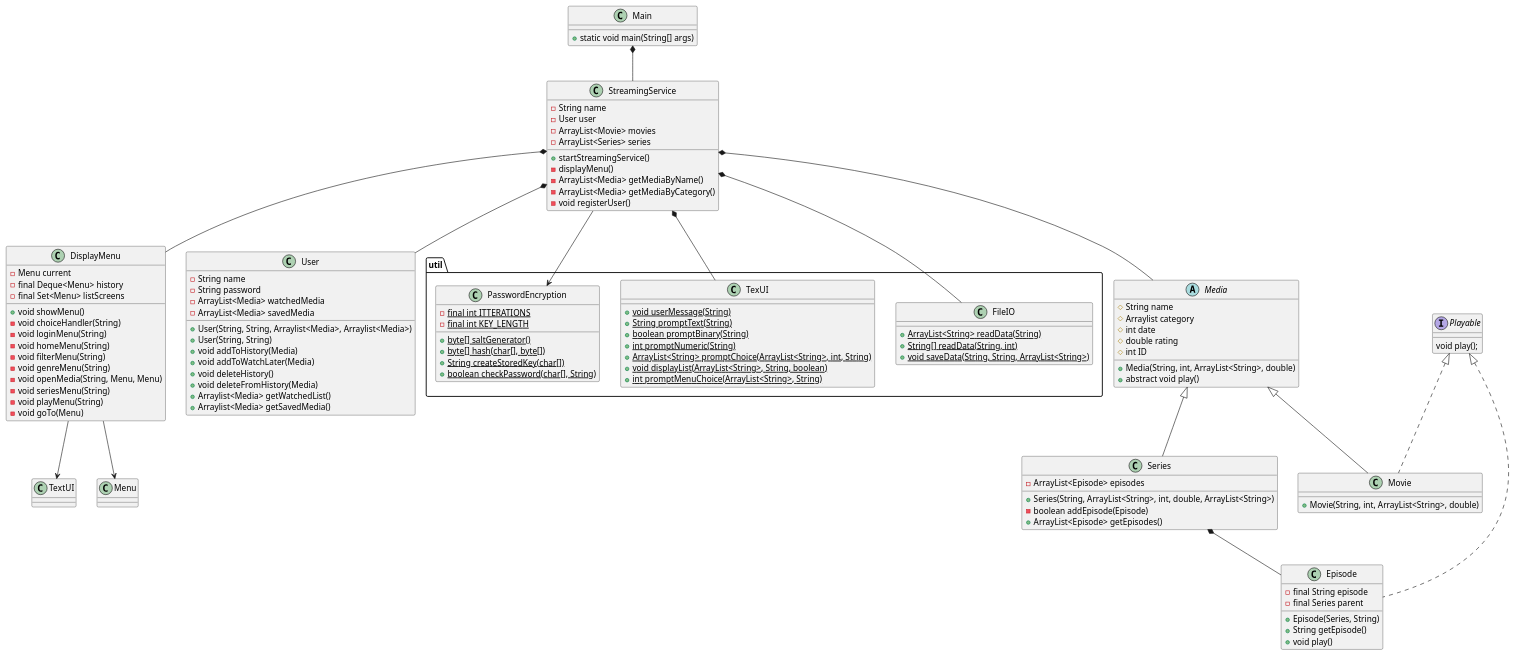
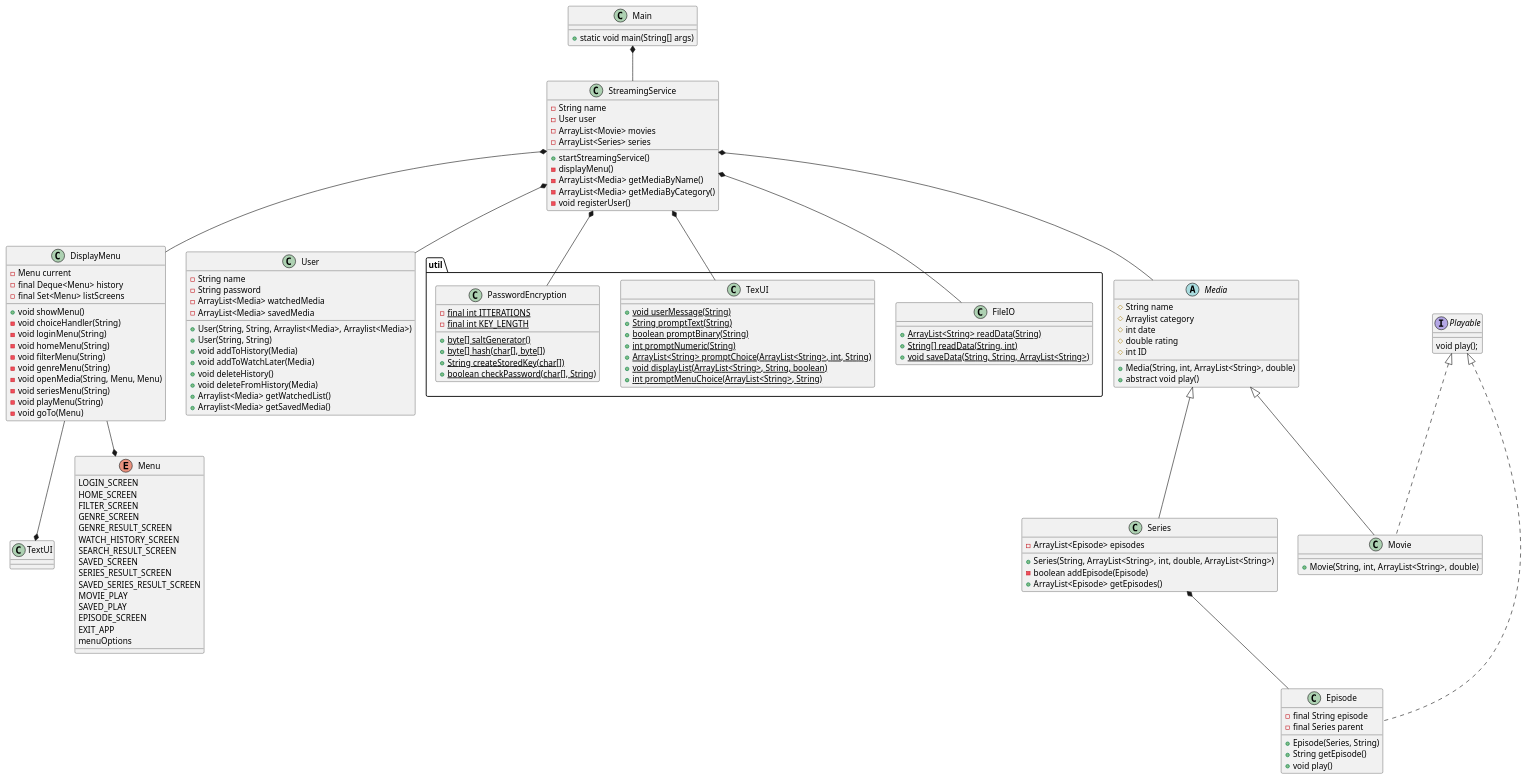
The diagram in doc/static/classDiagram.puml (Studiegruppe-B/SP3-Streamingtjeneste), drawn with PlantUML before and after one commit.

Commit message:
klassediagram fix

```diff
--- a/doc/static/classDiagram.puml
+++ b/doc/static/classDiagram.puml
@@ -1,131 +1,148 @@
 @startuml
 class Main{
 + static void main(String[] args)
 
 }
 
 class StreamingService{
 - String name
 - User user
 - ArrayList<Movie> movies
 - ArrayList<Series> series
 + startStreamingService()
 - displayMenu()
 - ArrayList<Media> getMediaByName()
 - ArrayList<Media> getMediaByCategory()
 - void registerUser()
 }
 
 
 
 
 abstract class Media{
 # String name
 # Arraylist category
 # int date
 # double rating
 # int ID
 + Media(String, int, ArrayList<String>, double)
 + abstract void play()
 
 }
 interface Playable {
 void play();
+}
+enum Menu{
+LOGIN_SCREEN
+HOME_SCREEN
+FILTER_SCREEN
+GENRE_SCREEN
+GENRE_RESULT_SCREEN
+WATCH_HISTORY_SCREEN
+SEARCH_RESULT_SCREEN
+SAVED_SCREEN
+SERIES_RESULT_SCREEN
+SAVED_SERIES_RESULT_SCREEN
+MOVIE_PLAY
+SAVED_PLAY
+EPISODE_SCREEN
+EXIT_APP
+menuOptions
 }
 
 class Episode implements Playable {
 - final String episode
 - final Series parent
 + Episode(Series, String)
 + String getEpisode()
 + void play()
 }
 
 class Movie implements Playable{
 + Movie(String, int, ArrayList<String>, double)
 }
 
 class Series {
 - ArrayList<Episode> episodes
 + Series(String, ArrayList<String>, int, double, ArrayList<String>)
 - boolean addEpisode(Episode)
 + ArrayList<Episode> getEpisodes()
 }
 
 class DisplayMenu{
 - Menu current
 - final Deque<Menu> history
 - final Set<Menu> listScreens
 + void showMenu()
 - void choiceHandler(String)
 - void loginMenu(String)
 - void homeMenu(String)
 - void filterMenu(String)
 - void genreMenu(String)
 - void openMedia(String, Menu, Menu)
 - void seriesMenu(String)
 - void playMenu(String)
 - void goTo(Menu)
 }
 
 
 class User{
 - String name
 - String password
 - ArrayList<Media> watchedMedia
 - ArrayList<Media> savedMedia
 + User(String, String, Arraylist<Media>, Arraylist<Media>)
 + User(String, String)
 + void addToHistory(Media)
 + void addToWatchLater(Media)
 + void deleteHistory()
 + void deleteFromHistory(Media)
 + Arraylist<Media> getWatchedList()
 + Arraylist<Media> getSavedMedia()
 }
 
 package "util"{
 class FileIO{
 + {static} ArrayList<String> readData(String)
 + {static} String[] readData(String, int)
 + {static} void saveData(String, String, ArrayList<String>)
 }
 
 class TexUI{
 + {static} void userMessage(String)
 + {static} String promptText(String)
 + {static} boolean promptBinary(String)
 + {static} int promptNumeric(String)
 + {static} ArrayList<String> promptChoice(ArrayList<String>, int, String)
 + {static} void displayList(ArrayList<String>, String, boolean)
 + {static} int promptMenuChoice(ArrayList<String>, String)
 
 }
 
 class PasswordEncryption{
 - {static} final int ITTERATIONS
 - {static} final int KEY_LENGTH
 + {static} byte[] saltGenerator()
 + {static} byte[] hash(char[], byte[])
 + {static} String createStoredKey(char[])
 + {static} boolean checkPassword(char[], String)
 }
 
 
 
 
 }
 
 Main *-- StreamingService
 StreamingService *-- Media
 StreamingService *-- FileIO
 StreamingService *-- TexUI
 StreamingService *-- User
 StreamingService *-- DisplayMenu
 Media <|-- Movie
 Media <|-- Series
 Series *-- Episode
-StreamingService --> PasswordEncryption
-DisplayMenu --> Menu
-DisplayMenu --> TextUI
+StreamingService *-- PasswordEncryption
+DisplayMenu --* Menu
+DisplayMenu --* TextUI
 @enduml
```
